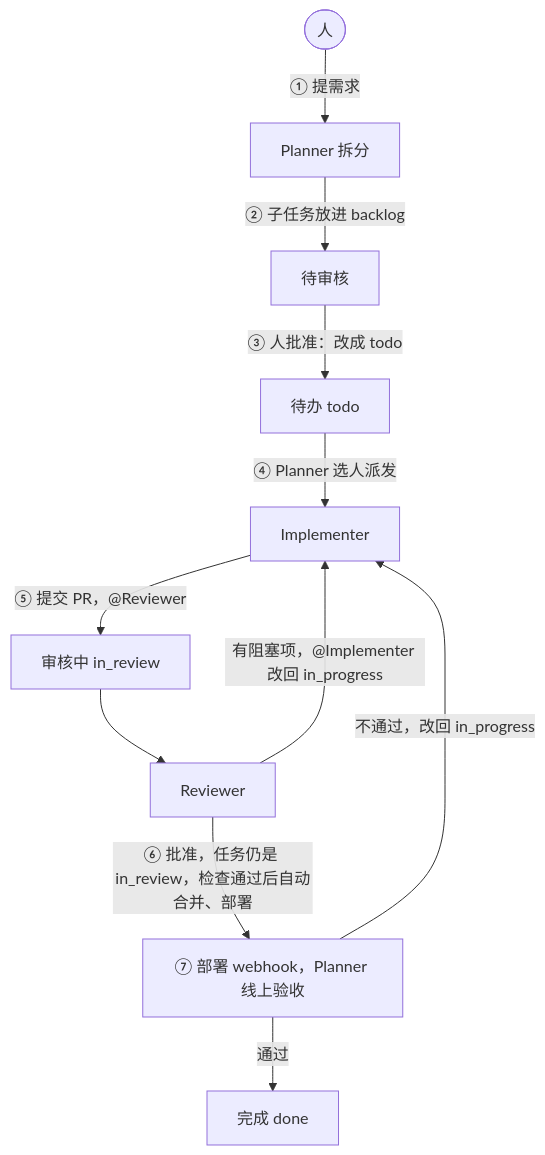
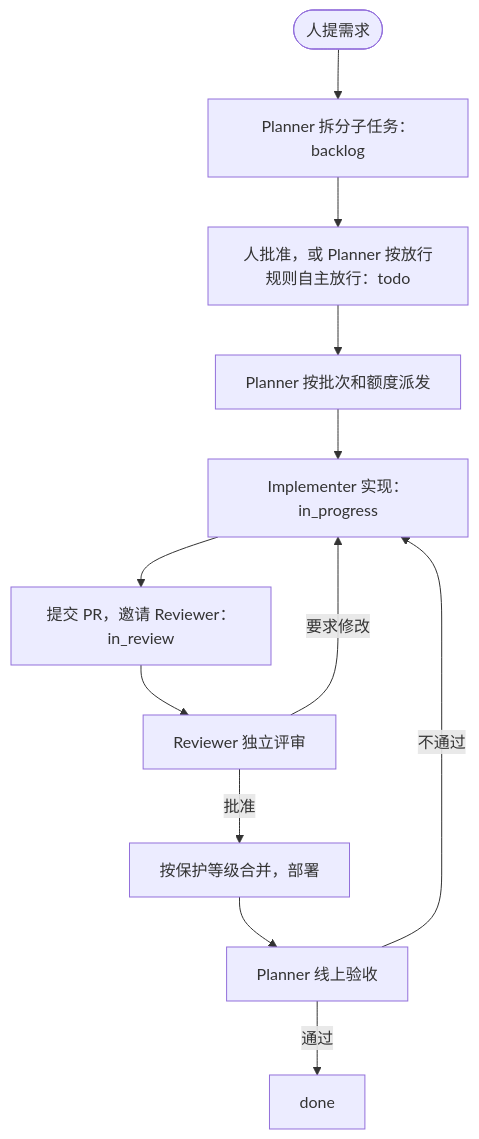
Before and after one commit to autoteam-ai/autoteam: the diagram in README.md, drawn with Mermaid. The commit also changed other lines of this file, not shown here.

````diff
--- a/README.md
+++ b/README.md
@@ -11,13 +9,14 @@
 ```mermaid
 flowchart TD
-    H(["人"]) -->|"① 提需求"| P1["Planner 拆分"]
-    P1 -->|"② 子任务放进 backlog"| BL["待审核"]
-    BL -->|"③ 人批准：改成 todo"| TODO["待办 todo"]
-    TODO -->|"④ Planner 选人派发"| I["Implementer"]
-    I -->|"⑤ 提交 PR，@Reviewer"| CR["审核中 in_review"]
-    CR --> R["Reviewer"]
-    R -->|"有阻塞项，@Implementer 改回 in_progress"| I
-    R -->|"⑥ 批准，任务仍是 in_review，检查通过后自动合并、部署"| P2["⑦ 部署 webhook，Planner 线上验收"]
-    P2 -->|"通过"| DONE["完成 done"]
-    P2 -->|"不通过，改回 in_progress"| I
+    H(["人提需求"]) --> P["Planner 拆分子任务：backlog"]
+    P --> A["人批准，或 Planner 按放行规则自主放行：todo"]
+    A --> D["Planner 按批次和额度派发"]
+    D --> I["Implementer 实现：in_progress"]
+    I --> PR["提交 PR，邀请 Reviewer：in_review"]
+    PR --> R["Reviewer 独立评审"]
+    R -->|"要求修改"| I
+    R -->|"批准"| M["按保护等级合并，部署"]
+    M --> V["Planner 线上验收"]
+    V -->|"通过"| DONE["done"]
+    V -->|"不通过"| I
 ```
````
